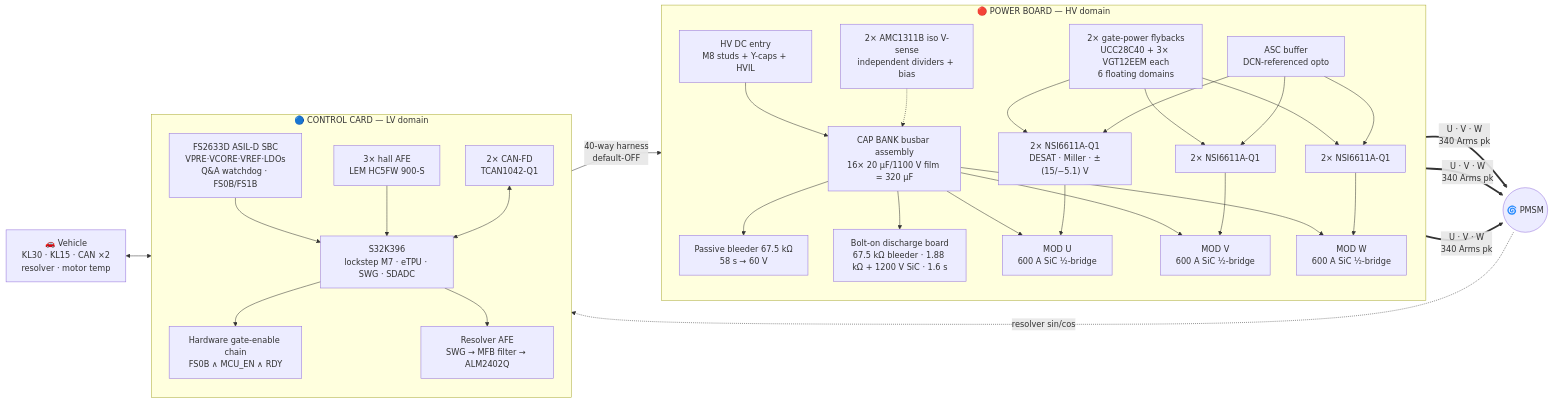
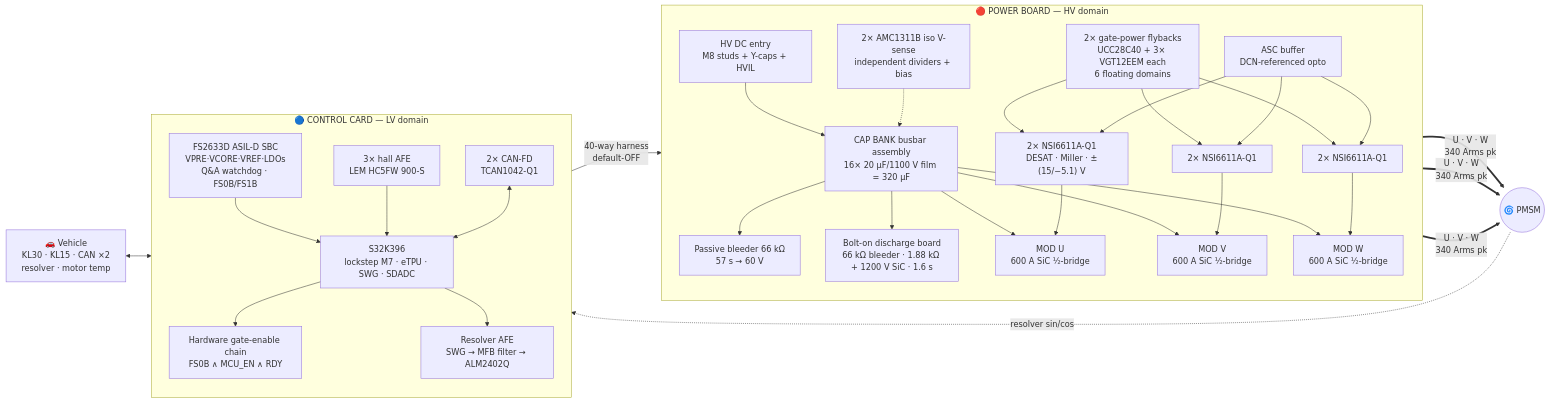
The first of 9 diagrams in README.md (vectivolt/Traction-Inverter-GEN-1), drawn with Mermaid before and after one commit. The commit also changed other lines of this file and 63 other files, not shown here.

````diff
--- a/README.md
+++ b/README.md
@@ -167,35 +167,35 @@
 ```mermaid
 flowchart LR
   subgraph HV["🔴 POWER BOARD — HV domain"]
     direction TB
     DCIN["HV DC entry<br/>M8 studs + Y-caps + HVIL"] --> LINK["CAP BANK busbar assembly<br/>16× 20 µF/1100 V film = 320 µF"]
-    LINK --> BLEED["Passive bleeder 67.5 kΩ<br/>58 s → 60 V"]
-    LINK --> ADIS["Bolt-on discharge board<br/>67.5 kΩ bleeder · 1.88 kΩ + 1200 V SiC · 1.6 s"]
+    LINK --> BLEED["Passive bleeder 66 kΩ<br/>57 s → 60 V"]
+    LINK --> ADIS["Bolt-on discharge board<br/>66 kΩ bleeder · 1.88 kΩ + 1200 V SiC · 1.6 s"]
     LINK --> MU["MOD U<br/>600 A SiC ½-bridge"]
     LINK --> MV["MOD V<br/>600 A SiC ½-bridge"]
     LINK --> MW["MOD W<br/>600 A SiC ½-bridge"]
     GDU["2× NSI6611A-Q1<br/>DESAT · Miller · ±(15/−5.1) V"] --> MU
     GDV["2× NSI6611A-Q1"] --> MV
     GDW["2× NSI6611A-Q1"] --> MW
     FLY["2× gate-power flybacks<br/>UCC28C40 + 3× VGT12EEM each<br/>6 floating domains"] --> GDU & GDV & GDW
     VDC["2× AMC1311B iso V-sense<br/>independent dividers + bias"] -.-> LINK
     ASC["ASC buffer<br/>DCN-referenced opto"] --> GDU & GDV & GDW
   end
 
   subgraph LV["🔵 CONTROL CARD — LV domain"]
     direction TB
     SBC["FS2633D ASIL-D SBC<br/>VPRE·VCORE·VREF·LDOs<br/>Q&A watchdog · FS0B/FS1B"] --> MCU["S32K396<br/>lockstep M7 · eTPU · SWG · SDADC"]
     MCU --> SAFE["Hardware gate-enable chain<br/>FS0B ∧ MCU_EN ∧ RDY"]
     MCU --> RSLV["Resolver AFE<br/>SWG → MFB filter → ALM2402Q"]
     HALL["3× hall AFE<br/>LEM HC5FW 900-S"] --> MCU
     CAN["2× CAN-FD<br/>TCAN1042-Q1"] <--> MCU
   end
 
   MOTOR(("🌀 PMSM"))
   VEH["🚗 Vehicle<br/>KL30 · KL15 · CAN ×2<br/>resolver · motor temp"]
 
   MU & MV & MW ==>|"U · V · W<br/>340 Arms pk"| MOTOR
   SAFE -->|"40-way harness<br/>default-OFF"| GDU
   VEH <--> LV
   MOTOR -.->|resolver sin/cos| RSLV
 ```
````
